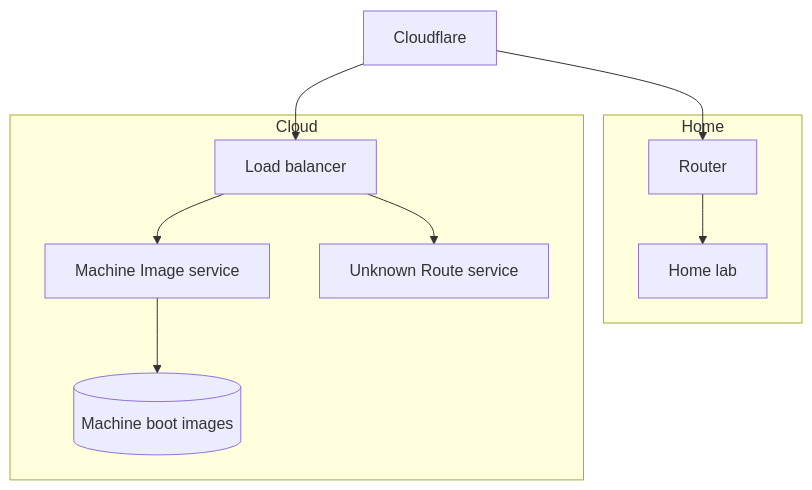
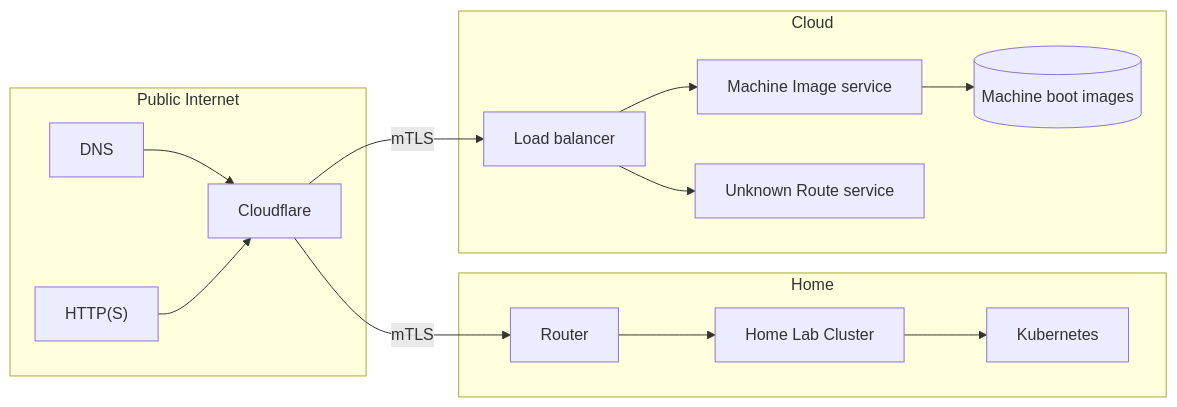
One commit to Zaba505/infra changed the diagram in README.md. Above: the diagram before and after it, drawn with Mermaid. The commit also changed 39 other files, not shown here.

````diff
--- a/README.md
+++ b/README.md
@@ -3,22 +3,33 @@
 ```mermaid
-flowchart TB
+flowchart LR
+
+    dns["DNS"]
+    https["HTTP(S)"]
     cloudflare["Cloudflare"]
     homeRouter["Router"]
-    homeLab["Home lab"]
+    homeLab["Home Lab Cluster"]
+    k8s["Kubernetes"]
     loadBalancer["Load balancer"]
     bootImages[("Machine boot images")]
     imageService["Machine Image service"]
     sinkService["Unknown Route service"]
 
-    cloudflare --> homeRouter
-    subgraph one [Home]
-    homeRouter --> homeLab
+    subgraph a [Public Internet]
+        dns --> cloudflare
+        https --> cloudflare
     end
 
-    cloudflare --> loadBalancer
+    subgraph one [Home]
+        homeRouter --> homeLab
+        homeLab --> k8s
+    end
+
     subgraph two [Cloud]
-    loadBalancer --> imageService
-    loadBalancer --> sinkService
-    imageService --> bootImages
+        loadBalancer --> imageService
+        loadBalancer --> sinkService
+        imageService --> bootImages
     end
+
+    cloudflare -->|mTLS| loadBalancer
+    cloudflare -->|mTLS| homeRouter
 ```
````
